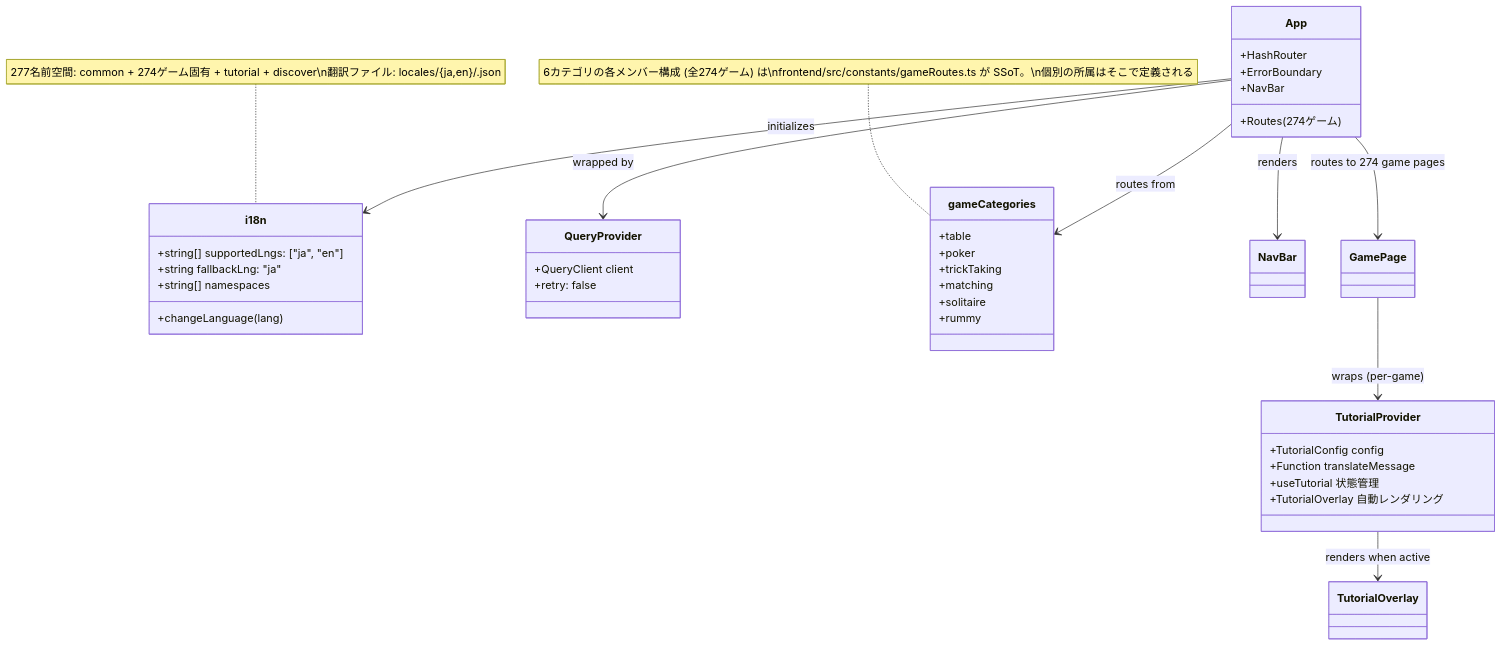
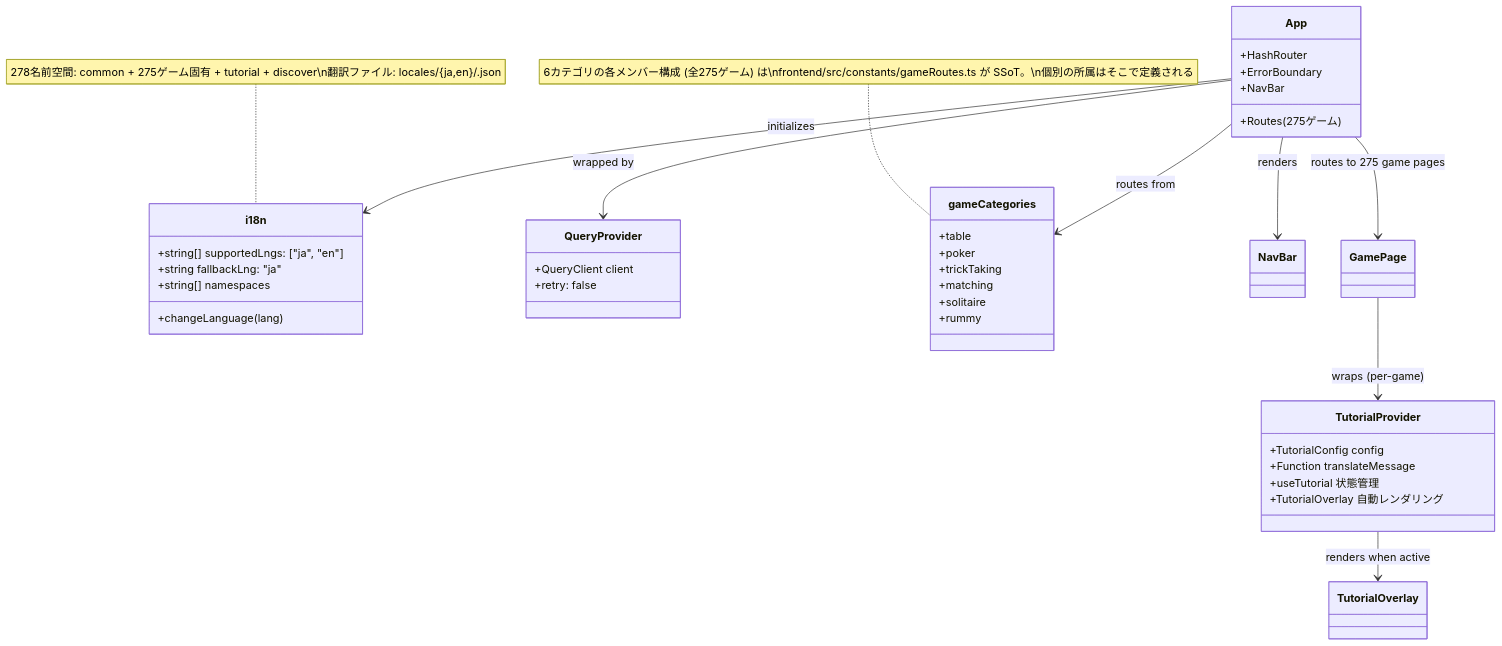
The ninth of 49 diagrams in docs/design/frontend.md (yuta-yoshinaga/go_trumpcards), drawn with Mermaid before and after one commit. The commit also changed other lines of this file and 63 other files, not shown here.

````diff
--- a/docs/design/frontend.md
+++ b/docs/design/frontend.md
@@ -1869,48 +1869,48 @@
 ```mermaid
 classDiagram
     class i18n {
         +string[] supportedLngs: ["ja", "en"]
         +string fallbackLng: "ja"
         +string[] namespaces
         +changeLanguage(lang)
     }
 
     class QueryProvider {
         +QueryClient client
         +retry: false
     }
 
     class App {
         +HashRouter
         +ErrorBoundary
         +NavBar
-        +Routes (274ゲーム)
+        +Routes (275ゲーム)
     }
 
     class gameCategories {
         +table
         +poker
         +trickTaking
         +matching
         +solitaire
         +rummy
     }
-    note for gameCategories "6カテゴリの各メンバー構成 (全274ゲーム) は\nfrontend/src/constants/gameRoutes.ts が SSoT。\n個別の所属はそこで定義される"
+    note for gameCategories "6カテゴリの各メンバー構成 (全275ゲーム) は\nfrontend/src/constants/gameRoutes.ts が SSoT。\n個別の所属はそこで定義される"
 
     class TutorialProvider {
         +TutorialConfig config
         +Function translateMessage
         +useTutorial 状態管理
         +TutorialOverlay 自動レンダリング
     }
 
     App --> QueryProvider : wrapped by
     App --> i18n : initializes
     App --> gameCategories : routes from
     App --> NavBar : renders
-    App --> GamePage : routes to 274 game pages
+    App --> GamePage : routes to 275 game pages
     GamePage --> TutorialProvider : wraps (per-game)
     TutorialProvider --> TutorialOverlay : renders when active
 
-    note for i18n "277名前空間: common + 274ゲーム固有 + tutorial + discover\n翻訳ファイル: locales/{ja,en}/<game>.json"
+    note for i18n "278名前空間: common + 275ゲーム固有 + tutorial + discover\n翻訳ファイル: locales/{ja,en}/<game>.json"
 ```
````
